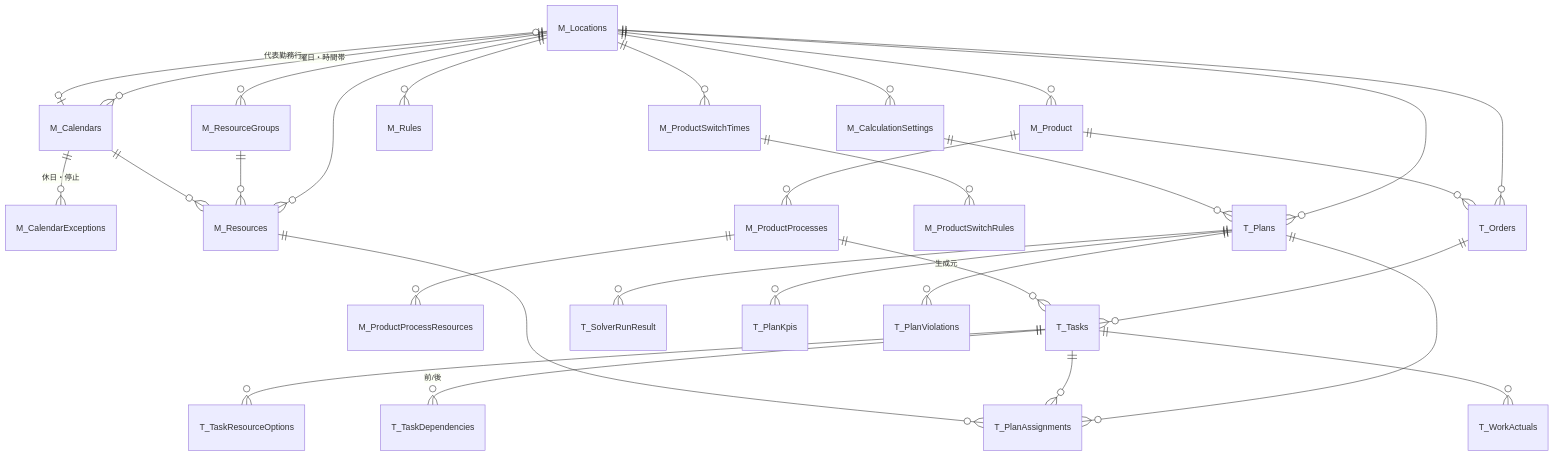
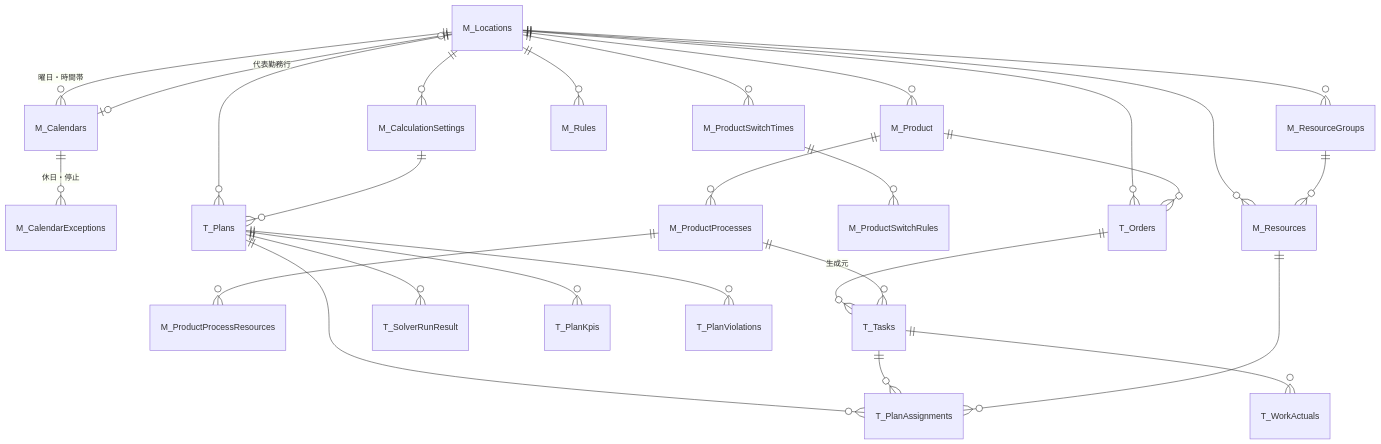
One commit to tds-dev/TONOPS-SCH-backend changed the fourth of 4 diagrams in docs/SYSTEM_OVERVIEW.md. Above: the diagram before and after it, drawn with Mermaid. The commit also changed other lines of this file and 35 other files, not shown here.

````diff
--- a/docs/SYSTEM_OVERVIEW.md
+++ b/docs/SYSTEM_OVERVIEW.md
@@ -285,32 +290,29 @@
 ```mermaid
 erDiagram
   M_Locations ||--o{ M_Calendars : "曜日・時間帯"
   M_Calendars |o--o| M_Locations : "代表勤務行"
   M_Calendars ||--o{ M_CalendarExceptions : "休日・停止"
   M_Locations ||--o{ M_ResourceGroups : ""
   M_Locations ||--o{ M_Resources : ""
   M_ResourceGroups ||--o{ M_Resources : ""
-  M_Calendars ||--o{ M_Resources : ""
-  M_Locations ||--o{ M_Product : ""
+    M_Locations ||--o{ M_Product : ""
   M_Product ||--o{ M_ProductProcesses : ""
   M_ProductProcesses ||--o{ M_ProductProcessResources : ""
   M_Locations ||--o{ M_Rules : ""
   M_Locations ||--o{ M_ProductSwitchTimes : ""
   M_ProductSwitchTimes ||--o{ M_ProductSwitchRules : ""
   M_Locations ||--o{ M_CalculationSettings : ""
   M_Locations ||--o{ T_Orders : ""
   M_Product ||--o{ T_Orders : ""
   T_Orders ||--o{ T_Tasks : ""
   M_ProductProcesses ||--o{ T_Tasks : "生成元"
-  T_Tasks ||--o{ T_TaskResourceOptions : ""
-  T_Tasks ||--o{ T_TaskDependencies : "前/後"
   M_Locations ||--o{ T_Plans : ""
   M_CalculationSettings ||--o{ T_Plans : ""
   T_Plans ||--o{ T_PlanAssignments : ""
   T_Tasks ||--o{ T_PlanAssignments : ""
   M_Resources ||--o{ T_PlanAssignments : ""
   T_Plans ||--o{ T_SolverRunResult : ""
   T_Plans ||--o{ T_PlanKpis : ""
   T_Plans ||--o{ T_PlanViolations : ""
   T_Tasks ||--o{ T_WorkActuals : ""
 ```
````
